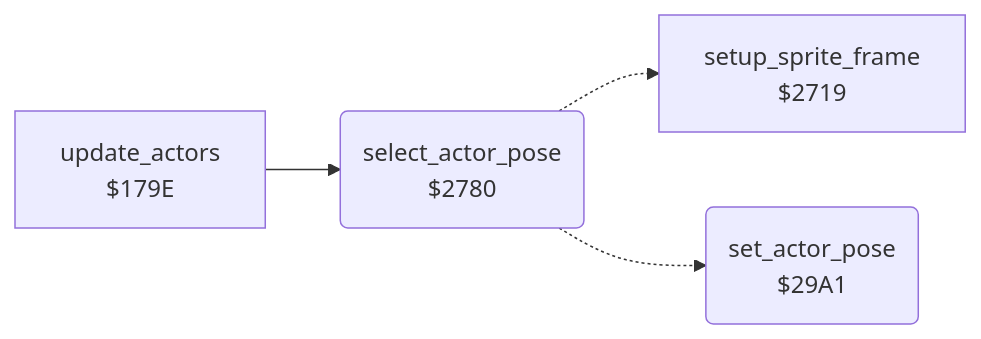
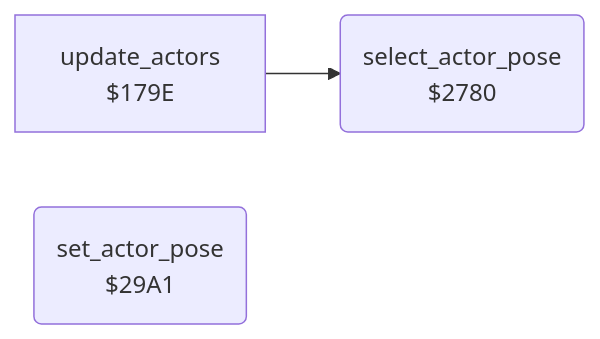
Before and after one commit to henols/c64_games: the diagram in bruce_lee/docs/reference/modules/actor/actor_poses.md, drawn with Mermaid. The commit also changed other lines of this file and 236 other files, not shown here.

````diff
--- a/bruce_lee/docs/reference/modules/actor/actor_poses.md
+++ b/bruce_lee/docs/reference/modules/actor/actor_poses.md
@@ -10,10 +17,7 @@
 ```mermaid
 flowchart LR
   n179e["update_actors<br/>$179E"]
-  n2719["setup_sprite_frame<br/>$2719"]
   n2780("select_actor_pose<br/>$2780")
   n29a1("set_actor_pose<br/>$29A1")
   n179e --> n2780
-  n2780 -.-> n2719
-  n2780 -.-> n29a1
 ```
````
